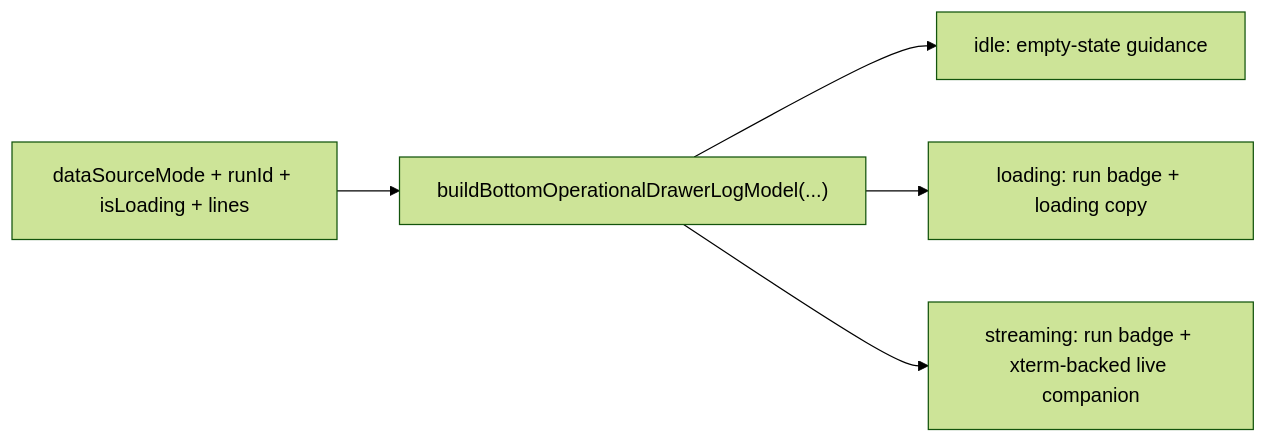
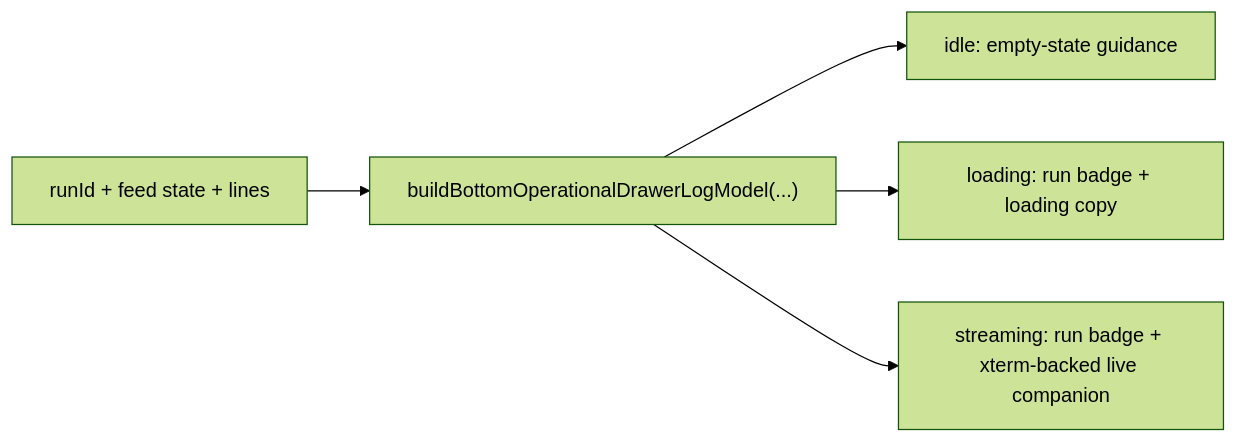
Before and after one commit to dunay2/dvt: the fifth of 9 diagrams in docs/architecture/components/web/appshell/app-shell.md, drawn with Mermaid (forest theme). The commit also changed other lines of this file and 10 other files, not shown here.

````diff
--- a/docs/architecture/components/web/appshell/app-shell.md
+++ b/docs/architecture/components/web/appshell/app-shell.md
@@ -158,7 +157,7 @@
 ```mermaid
 flowchart LR
-  Inputs["dataSourceMode + runId + isLoading + lines"] --> Model["buildBottomOperationalDrawerLogModel(...)"]
+  Inputs["runId + feed state + lines"] --> Model["buildBottomOperationalDrawerLogModel(...)"]
   Model --> Idle["idle: empty-state guidance"]
   Model --> Loading["loading: run badge + loading copy"]
   Model --> Streaming["streaming: run badge + xterm-backed live companion"]
 ```
````
